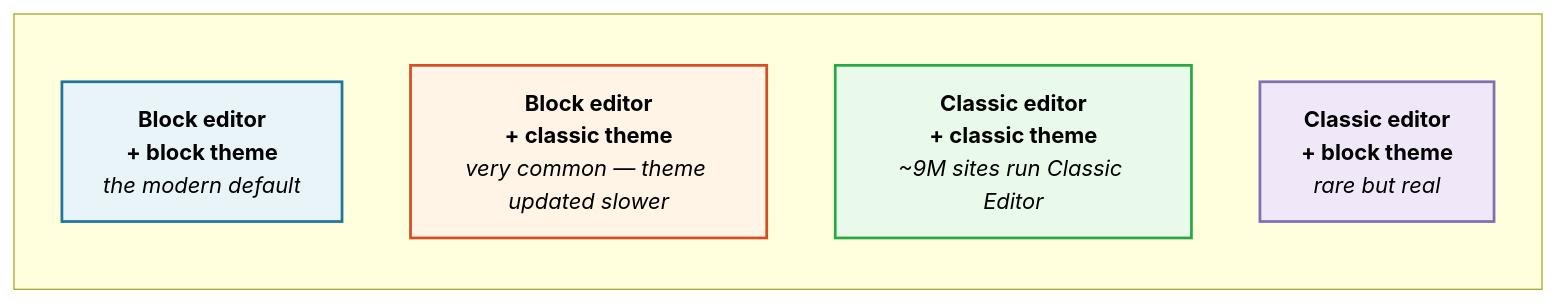
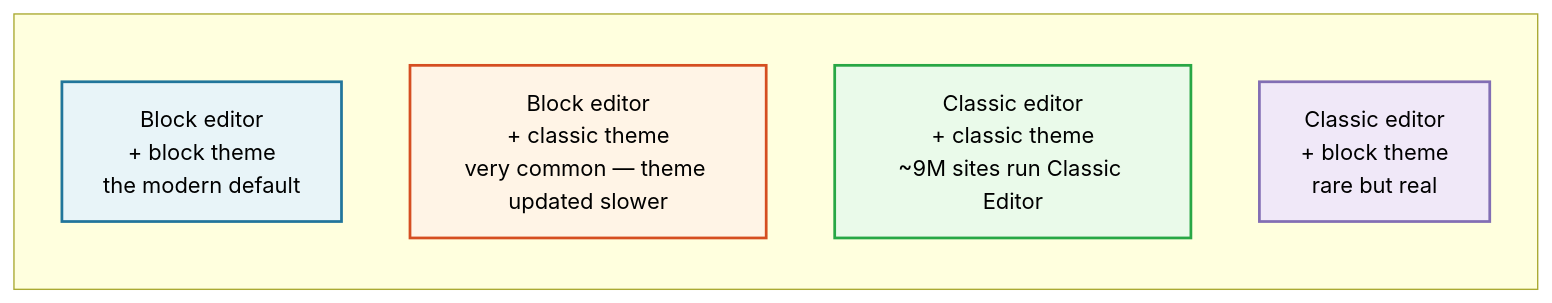
The diagram in plugin-theme-authors/README.md (courtneyr-dev/wp-release-audit-method), drawn with Mermaid before and after one commit. The commit also changed 4 other files, not shown here.

First line of the commit message:
🐛 Strip HTML tags from mermaid labels so GitHub will render the diagrams

````diff
--- a/plugin-theme-authors/README.md
+++ b/plugin-theme-authors/README.md
@@ -192,14 +192,14 @@
 ```mermaid
 flowchart TD
     subgraph M[" "]
       direction TB
-      A["<b>Block editor<br/>+ block theme</b><br/><i>the modern default</i>"]
-      B["<b>Block editor<br/>+ classic theme</b><br/><i>very common — theme updated slower</i>"]
-      C["<b>Classic editor<br/>+ classic theme</b><br/><i>~9M sites run Classic Editor</i>"]
-      D["<b>Classic editor<br/>+ block theme</b><br/><i>rare but real</i>"]
+      A["Block editor<br/>+ block theme<br/>the modern default"]
+      B["Block editor<br/>+ classic theme<br/>very common — theme updated slower"]
+      C["Classic editor<br/>+ classic theme<br/>~9M sites run Classic Editor"]
+      D["Classic editor<br/>+ block theme<br/>rare but real"]
     end
     style A fill:#e8f4f8,stroke:#21759B,stroke-width:2px,color:#000
     style B fill:#fff4e6,stroke:#D54E21,stroke-width:2px,color:#000
     style C fill:#eafaea,stroke:#28a745,stroke-width:2px,color:#000
     style D fill:#f0e8f8,stroke:#826EB4,stroke-width:2px,color:#000
 ```
````
